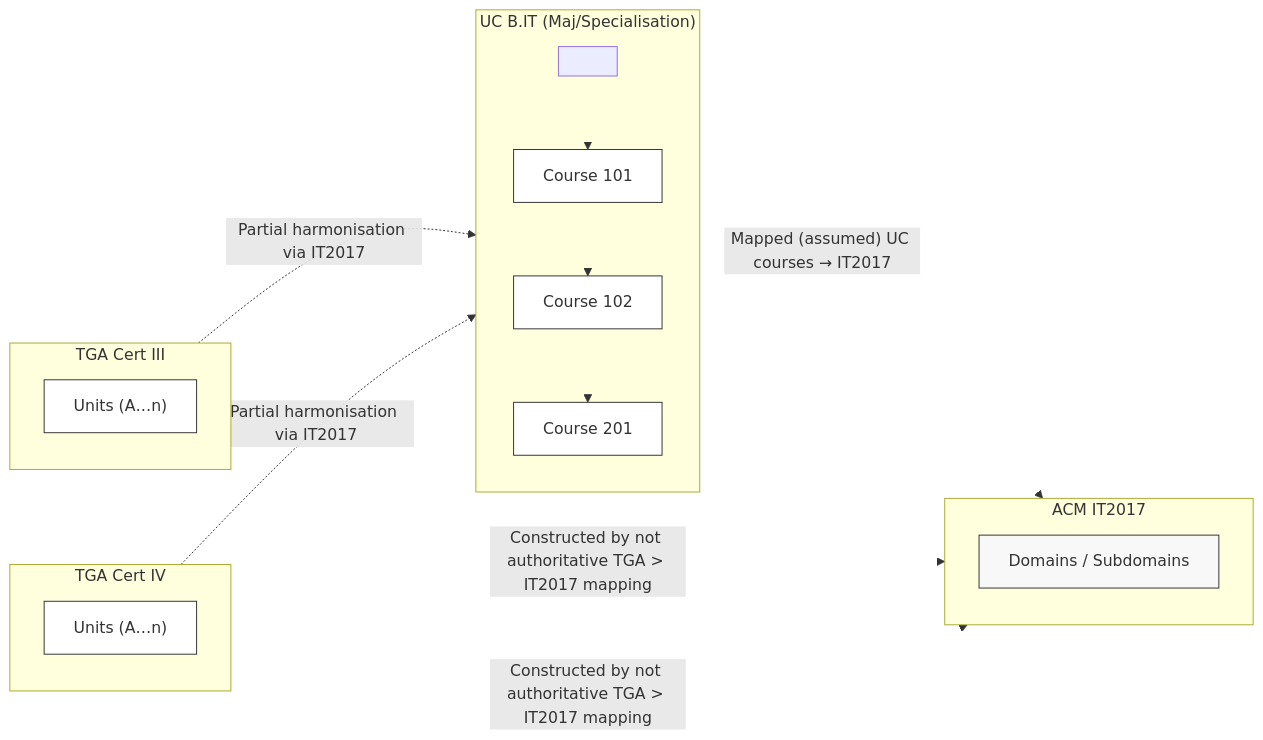
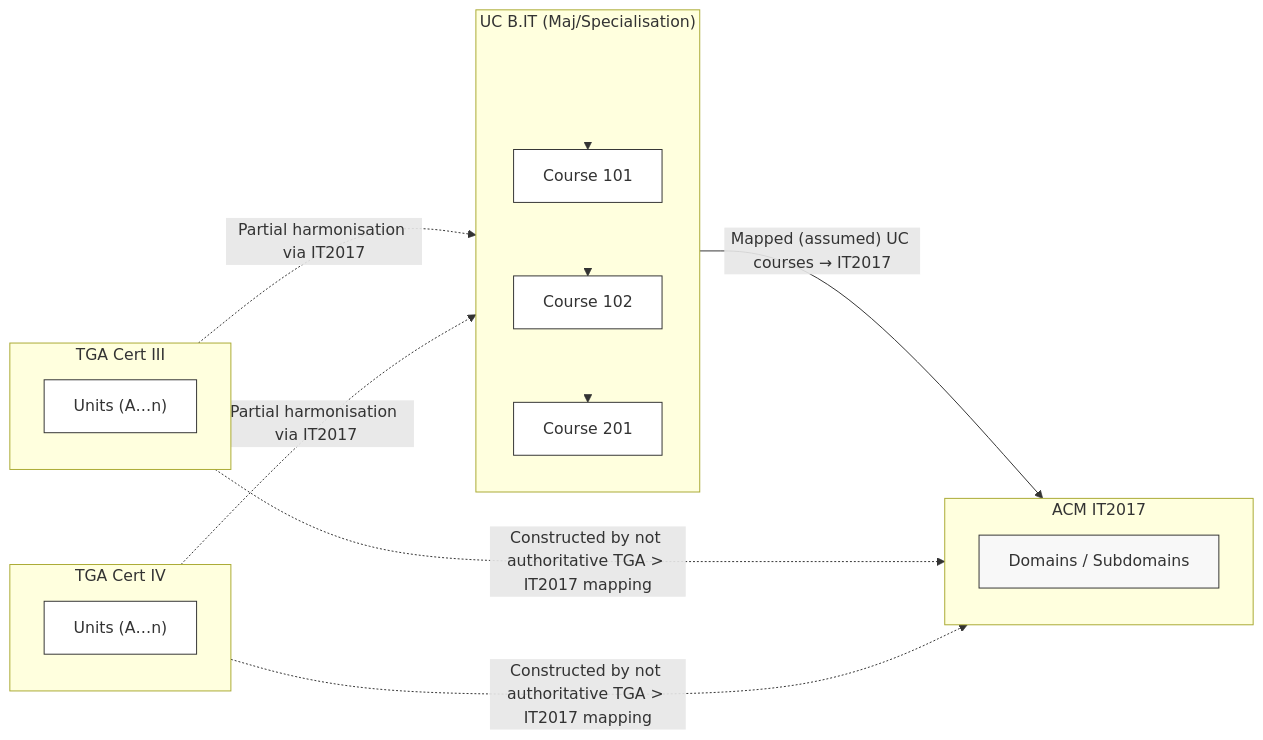
One commit to leskneebone/skills-SPARQL changed the second of 3 diagrams in reports/creditTransferModels.md. Above: the diagram before and after it, drawn with Mermaid.

````diff
--- a/reports/creditTransferModels.md
+++ b/reports/creditTransferModels.md
@@ -41,42 +41,44 @@
 ```mermaid
 flowchart LR
   %% Diagram 2 — attempt mapping via IT2017 (helps HE more than VET)
+
   subgraph CertIII["TGA Cert III"]
     C3["Units (A…n)"]:::unit
   end
 
   subgraph CertIV["TGA Cert IV"]
     C4["Units (A…n)"]:::unit
   end
 
   subgraph UCBIT["UC B.IT (Maj/Specialisation)"]
-    spacer[" "]:::spacer
+    spacer_uc[" "]:::spacer
     UC1["Course 101"]:::unit
     UC2["Course 102"]:::unit
     UC3["Course 201"]:::unit
-    spacer --> UC1
-    UC1 --> UC2 --> UC3
+    spacer_uc --> UC1
+    UC1 --> UC2
+    UC2 --> UC3
   end
 
   subgraph IT2017["ACM IT2017"]
     KA["Domains / Subdomains"]:::scheme
   end
 
   %% HE aligns (assumed mapping)
   UCBIT -- "Mapped (assumed) UC courses → IT2017" --> IT2017
-
 
   %% VET: possible mapping, with no explicit IT2017 mapping
   CertIII -. "Constructed by not authoritative TGA > IT2017 mapping" .-> IT2017
   CertIV  -. "Constructed by not authoritative TGA > IT2017 mapping" .-> IT2017
 
   %% therefore crosswalk is still partial/uneven
   CertIII -. "Partial harmonisation via IT2017" .-> UCBIT
   CertIV  -. "Partial harmonisation via IT2017" .-> UCBIT
 
   classDef unit fill:#fff,stroke:#333,stroke-width:1px;
   classDef scheme fill:#f8f8f8,stroke:#333,stroke-width:1px;
+  classDef spacer fill:none,stroke:none;
 
-  %% Hide the internal “stacking” links (indices 0..5)
-  linkStyle 0,1,2,3,4,5 stroke-width:0px;
+  %% Hide ONLY the internal spacer/stacking links (indices 0..2)
+  linkStyle 0,1,2 stroke-width:0px;
 ```
````
